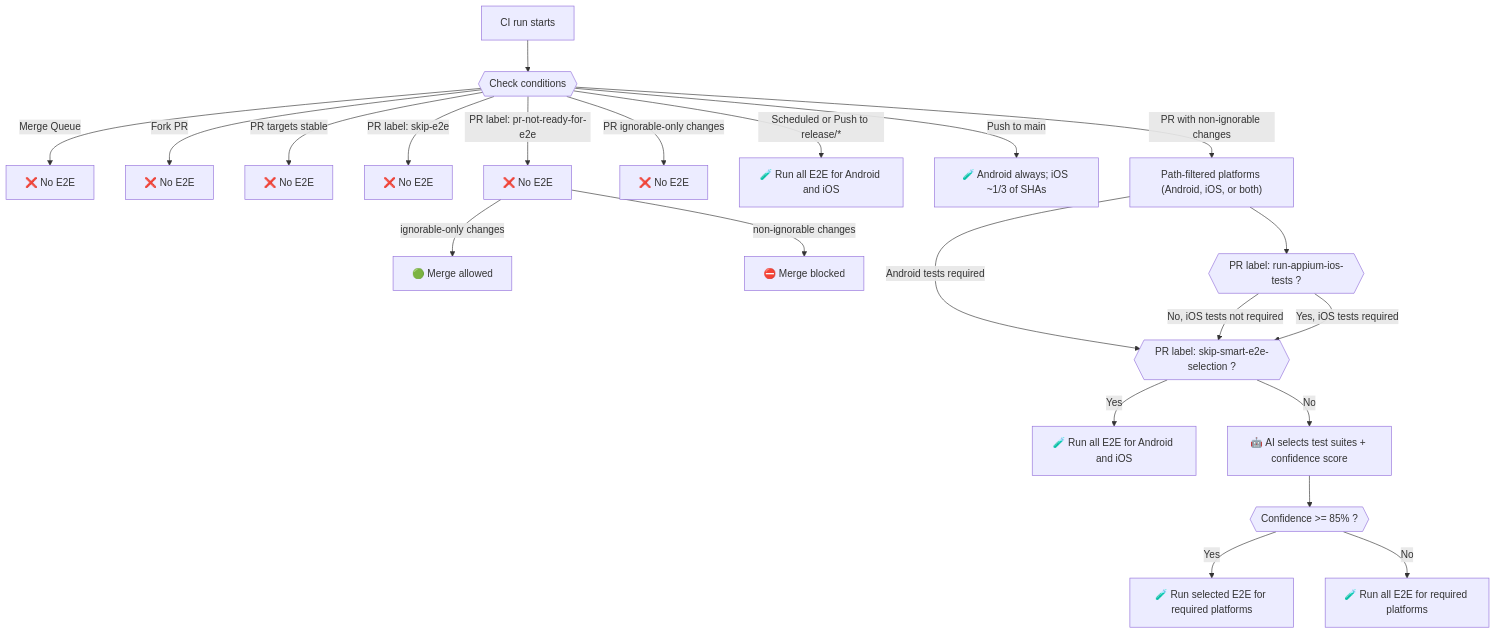
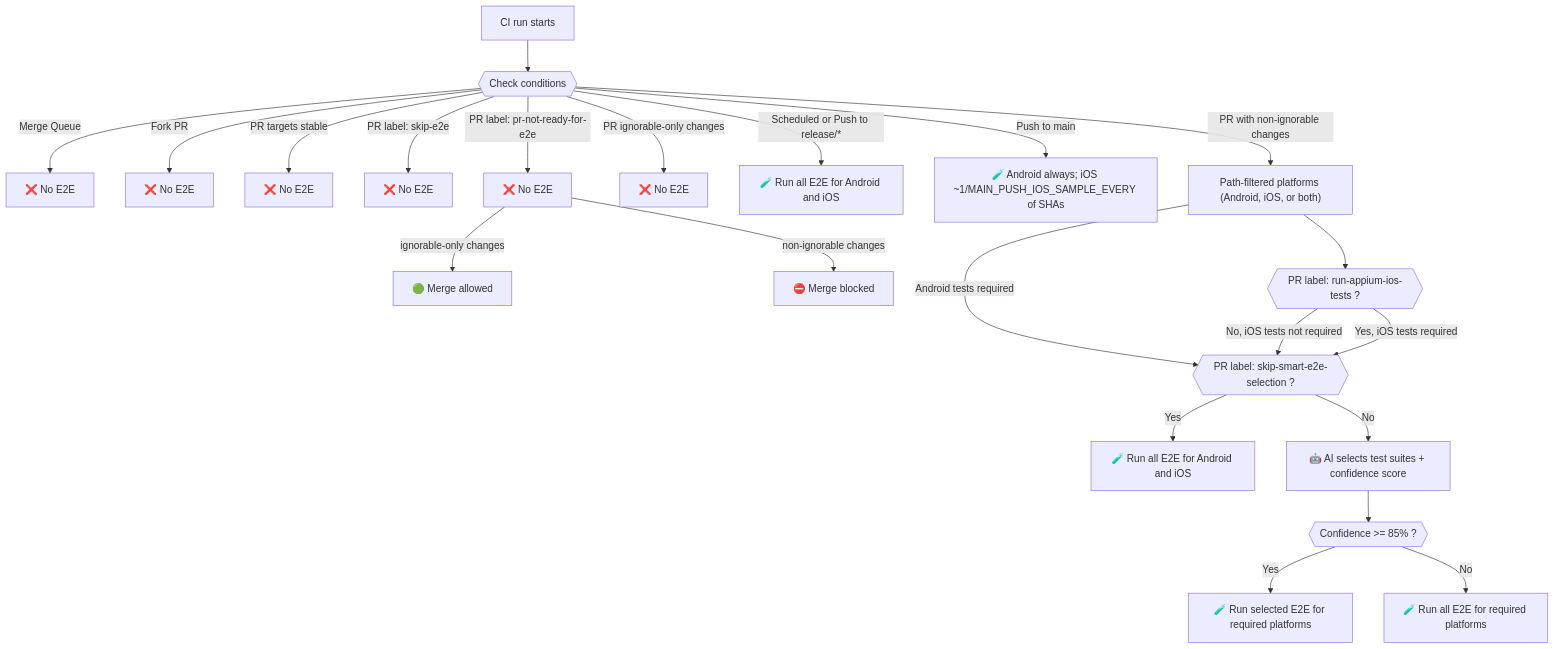
Before and after one commit to MetaMask/metamask-mobile: the diagram in .github/guidelines/E2E_DECISION_TREE.md, drawn with Mermaid.

Commit message:
improve docs to not state an hardcoded variable that can easily change value, stating that variable name

````diff
--- a/.github/guidelines/E2E_DECISION_TREE.md
+++ b/.github/guidelines/E2E_DECISION_TREE.md
@@ -7,27 +7,27 @@
 ```mermaid
 flowchart TD
     CI[CI run starts] --> GR{{Check conditions}}
     GR -->|Merge Queue| MQ[❌ No E2E]
     GR -->|Fork PR| FK[❌ No E2E]
     GR -->|PR targets stable| ST[❌ No E2E]
     GR -->|PR label: skip-e2e| HS[❌ No E2E]
     GR -->|PR label: pr-not-ready-for-e2e| L2[❌ No E2E]
     L2 -->|ignorable-only changes| NoBlock[🟢 Merge allowed]
     L2 -->|non-ignorable changes| Skip2[⛔️ Merge blocked]
     GR -->|PR ignorable-only changes| Ignorable[ ❌ No E2E]
     GR -->|Scheduled or Push to release/*| Full[🧪 Run all E2E for Android and iOS]
-    GR -->|Push to main| MainPush[🧪 Android always; iOS ~1/3 of SHAs]
+    GR -->|Push to main| MainPush[🧪 Android always; iOS ~1/MAIN_PUSH_IOS_SAMPLE_EVERY of SHAs]
 
     GR -->|PR with non-ignorable changes| PRToValidate["Path-filtered platforms (Android, iOS, or both)"]
     PRToValidate -->|Android tests required| Smart{{PR label: skip-smart-e2e-selection ?}}
     PRToValidate -->iOSRequired{{PR label: run-appium-ios-tests ?}}
     iOSRequired -->|No, iOS tests not required| Smart{{PR label: skip-smart-e2e-selection ?}}
     iOSRequired -->|Yes, iOS tests required| Smart{{PR label: skip-smart-e2e-selection ?}}
 
     Smart -->|Yes| AllTags[🧪 Run all E2E for Android and iOS]
     Smart -->|No| AI[🤖 AI selects test suites + confidence score]
     AI --> CONF{{Confidence >= 85% ?}}
     CONF -->|Yes| SelectedTags[🧪 Run selected E2E for required platforms]
     CONF -->|No| AllTagsFallback[🧪 Run all E2E for required platforms]
 
 ```
````
